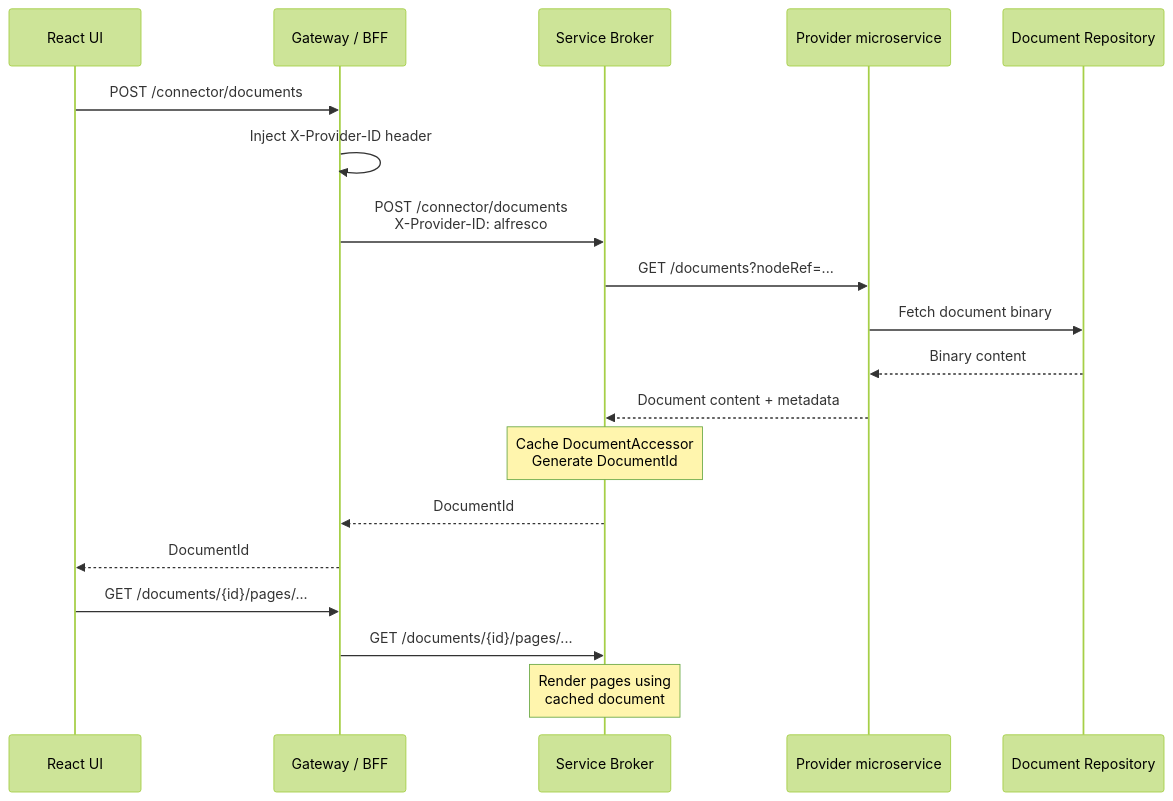
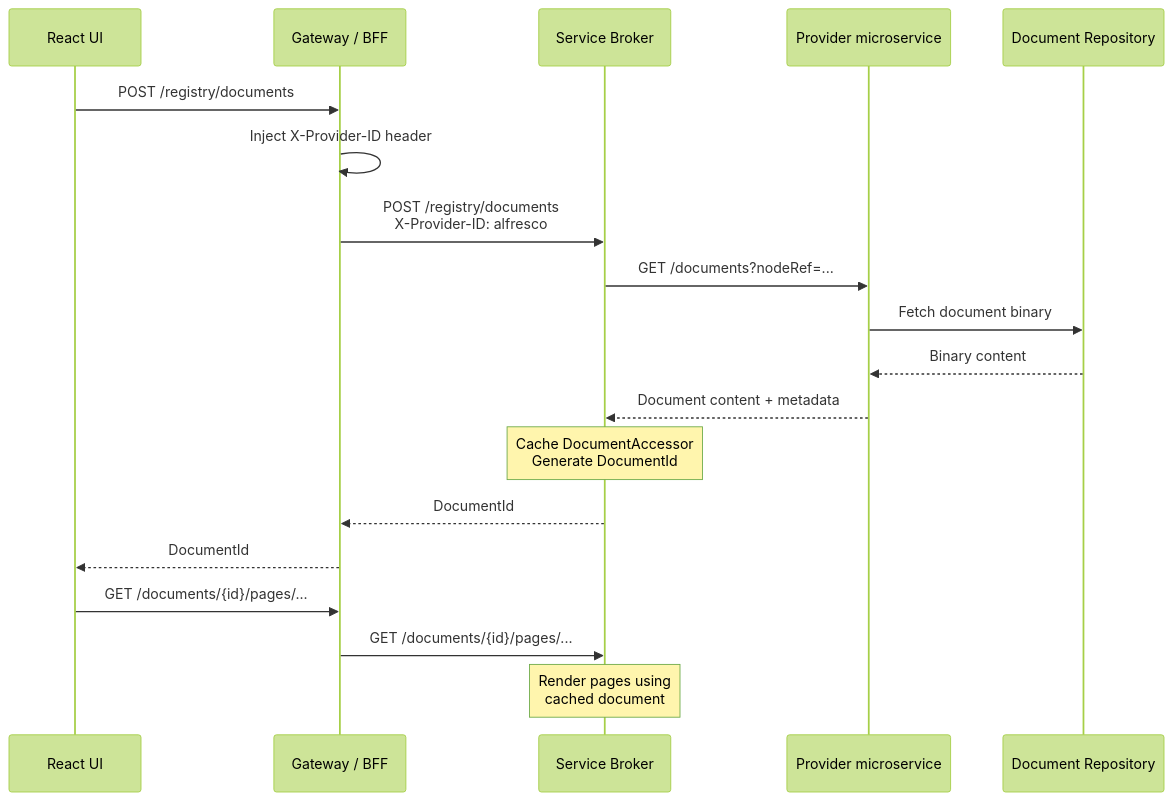
The first of 2 diagrams in docs/arender/guides/integration/connector-providers.md (Uxopian/uxodocs), drawn with Mermaid (forest theme) before and after one commit. The commit also changed other lines of this file and 6 other files, not shown here.

````diff
--- a/docs/arender/guides/integration/connector-providers.md
+++ b/docs/arender/guides/integration/connector-providers.md
@@ -26,22 +26,22 @@
 ```mermaid
 sequenceDiagram
     participant React as React UI
     participant GW as Gateway / BFF
     participant Broker as Service Broker
     participant Provider as Provider microservice
     participant Repo as Document Repository
 
-    React->>GW: POST /connector/documents
+    React->>GW: POST /registry/documents
     GW->>GW: Inject X-Provider-ID header
-    GW->>Broker: POST /connector/documents<br/>X-Provider-ID: alfresco
+    GW->>Broker: POST /registry/documents<br/>X-Provider-ID: alfresco
     Broker->>Provider: GET /documents?nodeRef=...
     Provider->>Repo: Fetch document binary
     Repo-->>Provider: Binary content
     Provider-->>Broker: Document content + metadata
     Note over Broker: Cache DocumentAccessor<br/>Generate DocumentId
     Broker-->>GW: DocumentId
     GW-->>React: DocumentId
     React->>GW: GET /documents/{id}/pages/...
     GW->>Broker: GET /documents/{id}/pages/...
     Note over Broker: Render pages using<br/>cached document
 ```
````
